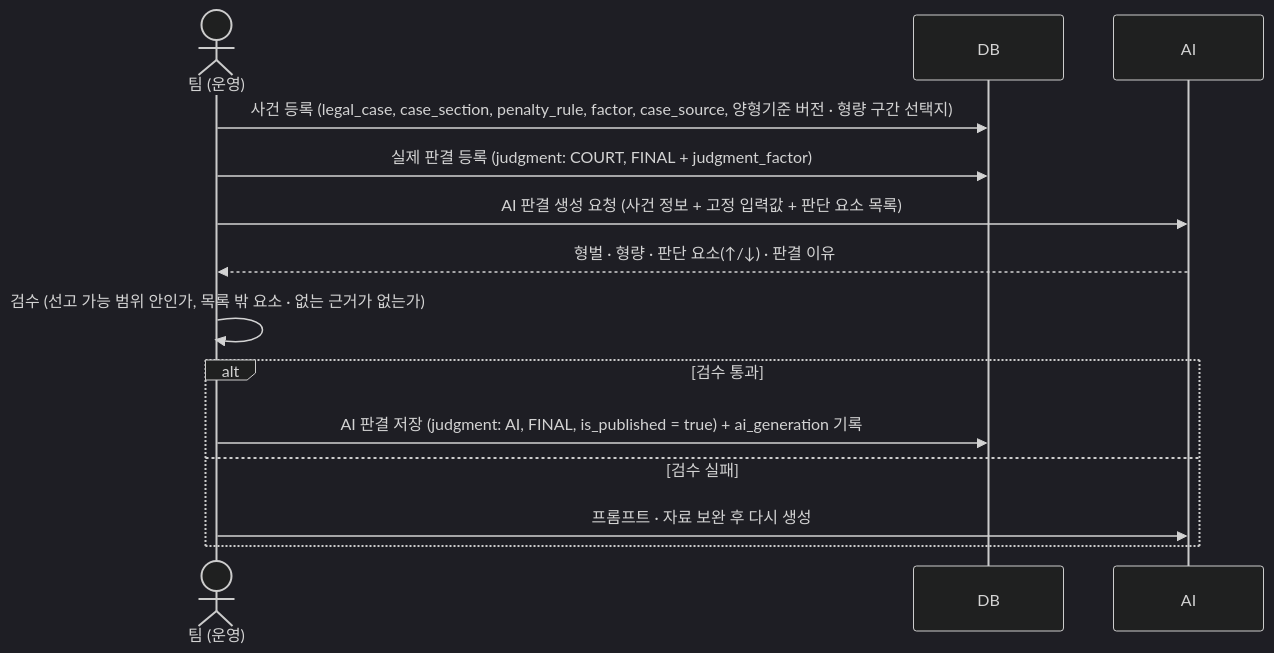
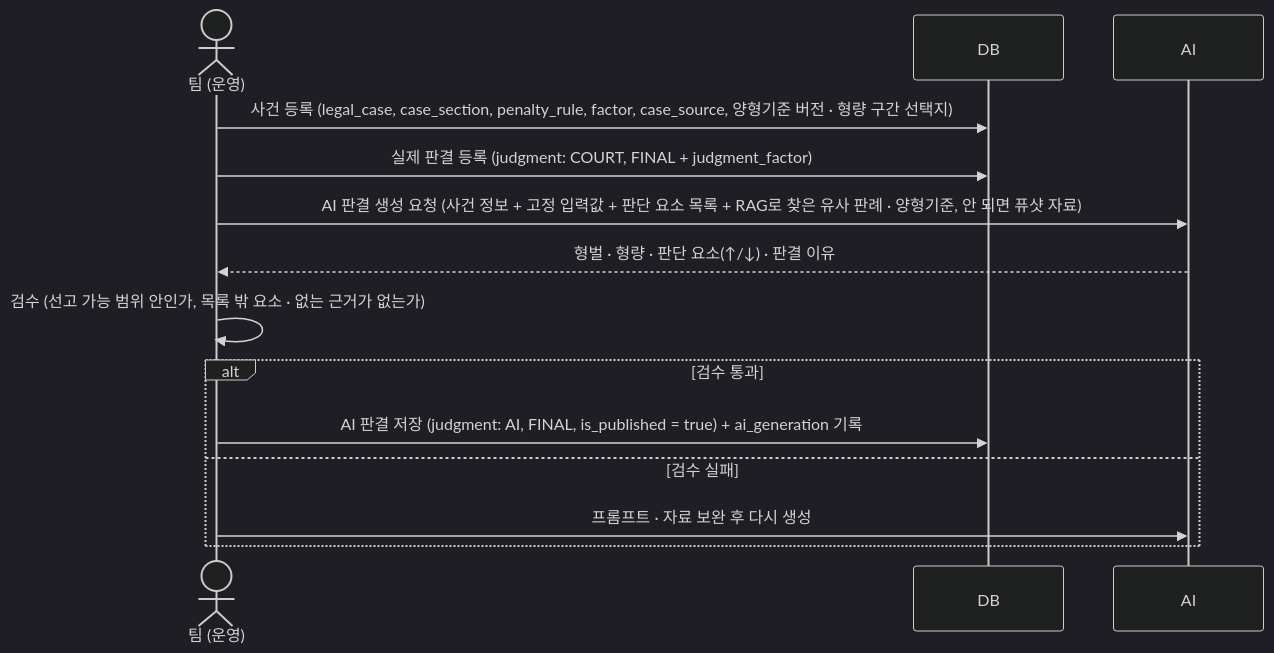
The first of 7 diagrams in docs/sequence-diagram.md (prgrms-aibe-devcourse/AIBE7_FinalProject_Team2), drawn with Mermaid (dark theme) before and after one commit. The commit also changed other lines of this file and 1 other file, not shown here.

Commit message:
docs : COMMON-4 API 명세 · 시퀀스 다이어그램에 정합성 점검 결정 반영

````diff
--- a/docs/sequence-diagram.md
+++ b/docs/sequence-diagram.md
@@ -38,17 +45,17 @@
 ```mermaid
 sequenceDiagram
     actor T as 팀 (운영)
     participant D as DB
     participant A as AI
  
     T->>D: 사건 등록 (legal_case, case_section, penalty_rule, factor, case_source, 양형기준 버전 · 형량 구간 선택지)
     T->>D: 실제 판결 등록 (judgment: COURT, FINAL + judgment_factor)
-    T->>A: AI 판결 생성 요청 (사건 정보 + 고정 입력값 + 판단 요소 목록)
+    T->>A: AI 판결 생성 요청 (사건 정보 + 고정 입력값 + 판단 요소 목록 + RAG로 찾은 유사 판례 · 양형기준, 안 되면 퓨샷 자료)
     A-->>T: 형벌 · 형량 · 판단 요소(↑/↓) · 판결 이유
     T->>T: 검수 (선고 가능 범위 안인가, 목록 밖 요소 · 없는 근거가 없는가)
     alt 검수 통과
         T->>D: AI 판결 저장 (judgment: AI, FINAL, is_published = true) + ai_generation 기록
     else 검수 실패
         T->>A: 프롬프트 · 자료 보완 후 다시 생성
     end
 ```
````
